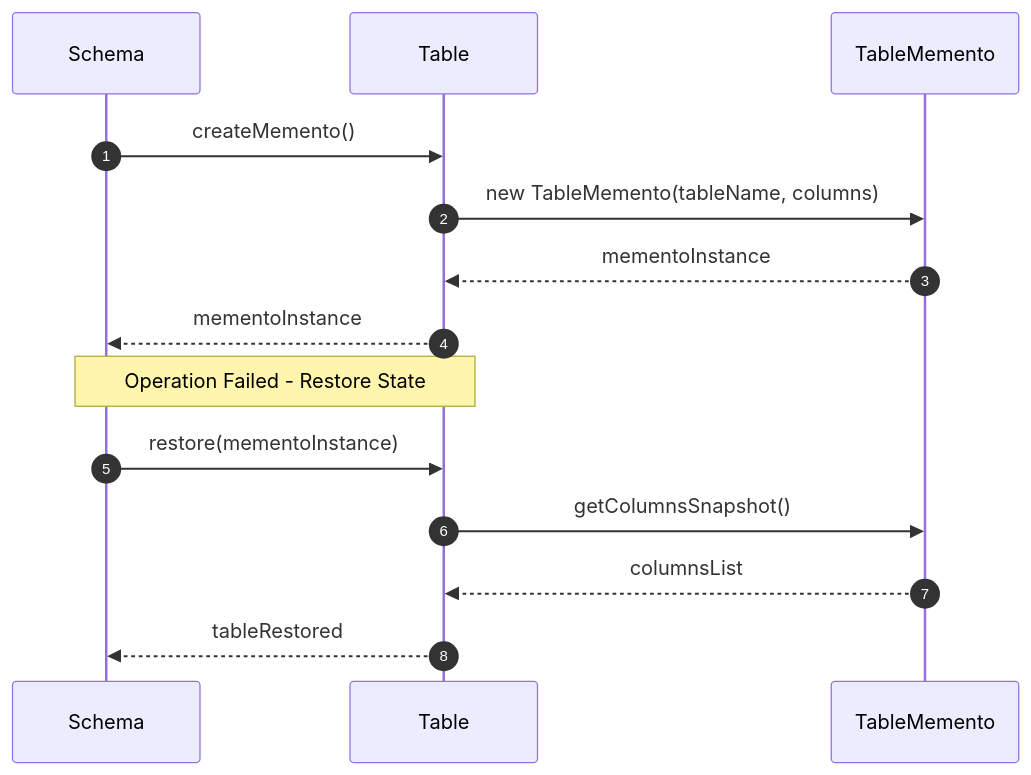
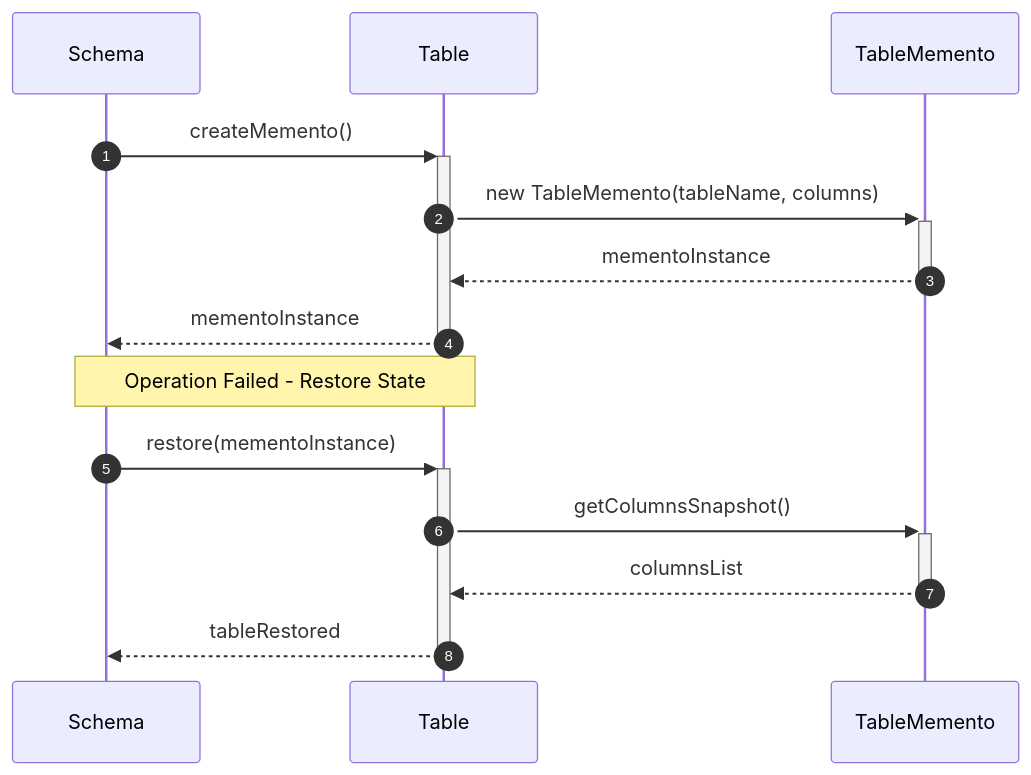
One commit to Dikhang1112/Database_Management_BBV changed the eighth of 14 diagrams in docs/design_patterns/README.md. Above: the diagram before and after it, drawn with Mermaid. The commit also changed other lines of this file and 12 other files, not shown here.

Commit message:
Refactor sequece diagram

````diff
--- a/docs/design_patterns/README.md
+++ b/docs/design_patterns/README.md
@@ -696,18 +696,18 @@
 ```mermaid
 sequenceDiagram
     autonumber
     participant Schema as Schema
     participant Table as Table
     participant Memento as TableMemento
 
-    Schema->>Table: createMemento()
-    Table->>Memento: new TableMemento(tableName, columns)
-    Memento-->>Table: mementoInstance
-    Table-->>Schema: mementoInstance
+    Schema->>+Table: createMemento()
+    Table->>+Memento: new TableMemento(tableName, columns)
+    Memento-->>-Table: mementoInstance
+    Table-->>-Schema: mementoInstance
 
     note over Schema, Table: Operation Failed - Restore State
-    Schema->>Table: restore(mementoInstance)
-    Table->>Memento: getColumnsSnapshot()
-    Memento-->>Table: columnsList
-    Table-->>Schema: tableRestored
+    Schema->>+Table: restore(mementoInstance)
+    Table->>+Memento: getColumnsSnapshot()
+    Memento-->>-Table: columnsList
+    Table-->>-Schema: tableRestored
 ```
````
